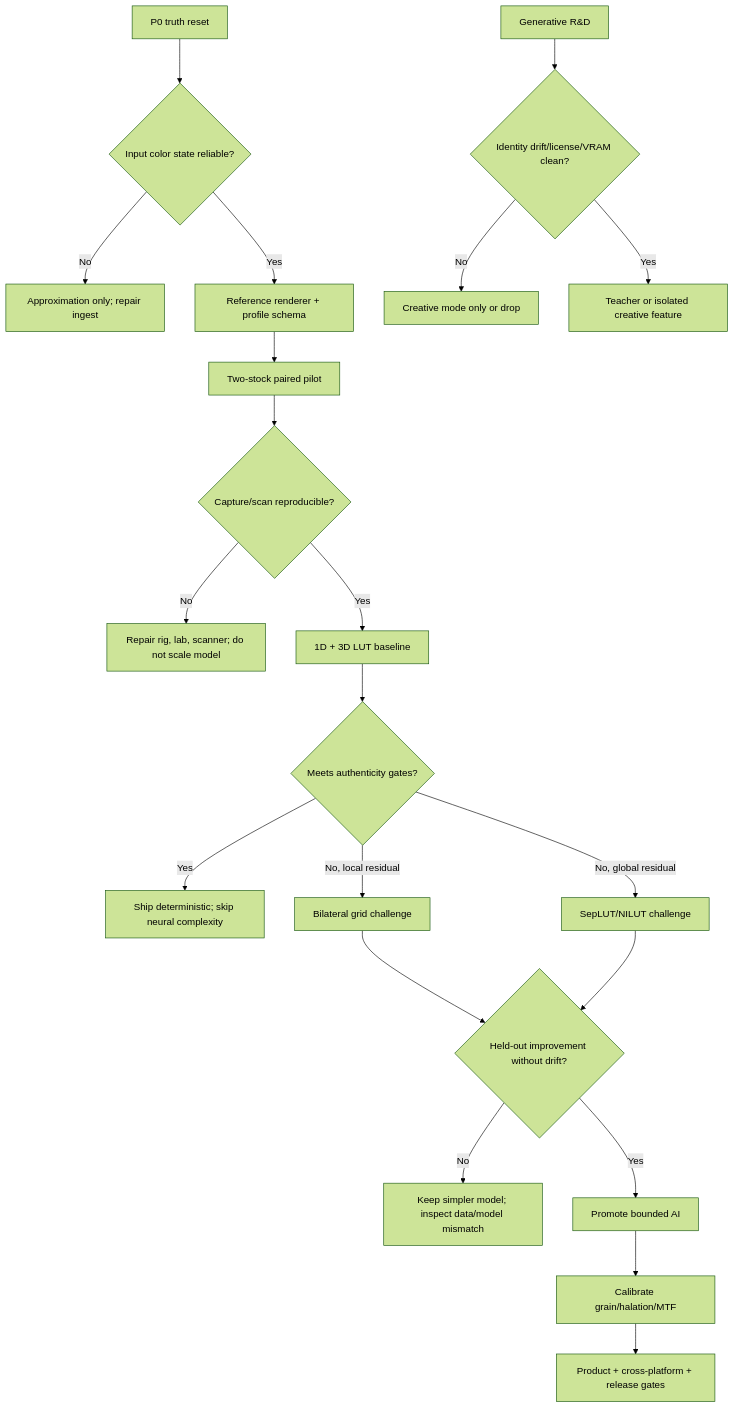
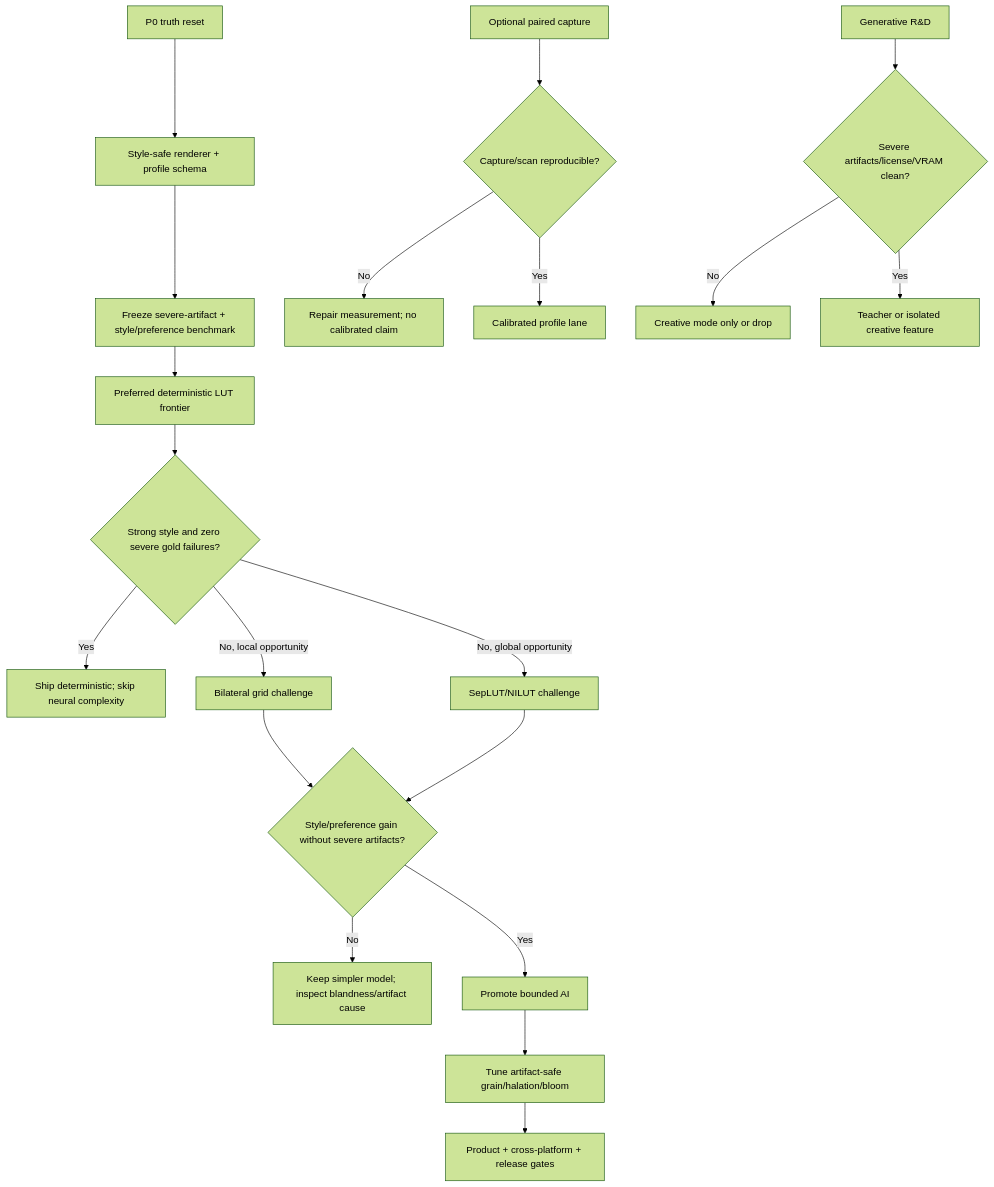
The second of 2 diagrams in docs/planning/ULTIMATE_ROADMAP_2026.md (SAKICHANNN/NEURO_FILM), drawn with Mermaid (forest theme) before and after one commit. The commit also changed other lines of this file and 5 other files, not shown here.

````diff
--- a/docs/planning/ULTIMATE_ROADMAP_2026.md
+++ b/docs/planning/ULTIMATE_ROADMAP_2026.md
@@ -613,23 +639,22 @@
 ```mermaid
 flowchart TD
-    A["P0 truth reset"] --> B{"Input color state reliable?"}
-    B -->|No| B1["Approximation only; repair ingest"]
-    B -->|Yes| C["Reference renderer + profile schema"]
-    C --> D["Two-stock paired pilot"]
-    D --> E{"Capture/scan reproducible?"}
-    E -->|No| E1["Repair rig, lab, scanner; do not scale model"]
-    E -->|Yes| F["1D + 3D LUT baseline"]
-    F --> G{"Meets authenticity gates?"}
+    A["P0 truth reset"] --> C["Style-safe renderer + profile schema"]
+    C --> D["Freeze severe-artifact + style/preference benchmark"]
+    D --> F["Preferred deterministic LUT frontier"]
+    F --> G{"Strong style and zero severe gold failures?"}
     G -->|Yes| G1["Ship deterministic; skip neural complexity"]
-    G -->|No, local residual| H["Bilateral grid challenge"]
-    G -->|No, global residual| I["SepLUT/NILUT challenge"]
-    H --> J{"Held-out improvement without drift?"}
+    G -->|No, local opportunity| H["Bilateral grid challenge"]
+    G -->|No, global opportunity| I["SepLUT/NILUT challenge"]
+    H --> J{"Style/preference gain without severe artifacts?"}
     I --> J
-    J -->|No| J1["Keep simpler model; inspect data/model mismatch"]
+    J -->|No| J1["Keep simpler model; inspect blandness/artifact cause"]
     J -->|Yes| K["Promote bounded AI"]
-    K --> L["Calibrate grain/halation/MTF"]
+    K --> L["Tune artifact-safe grain/halation/bloom"]
     L --> M["Product + cross-platform + release gates"]
-    N["Generative R&D"] --> O{"Identity drift/license/VRAM clean?"}
+    P["Optional paired capture"] --> Q{"Capture/scan reproducible?"}
+    Q -->|No| Q1["Repair measurement; no calibrated claim"]
+    Q -->|Yes| Q2["Calibrated profile lane"]
+    N["Generative R&D"] --> O{"Severe artifacts/license/VRAM clean?"}
     O -->|No| O1["Creative mode only or drop"]
     O -->|Yes| O2["Teacher or isolated creative feature"]
 ```
````
